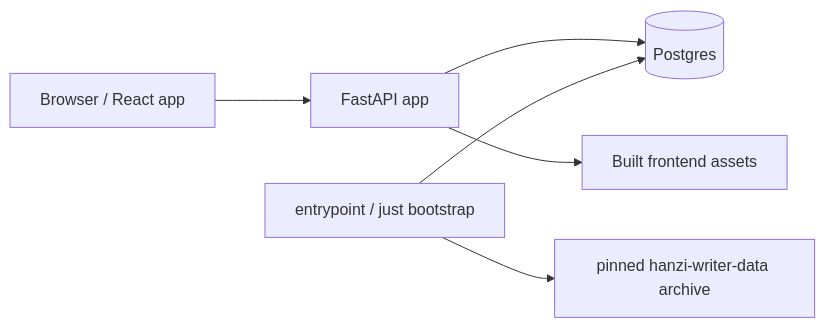
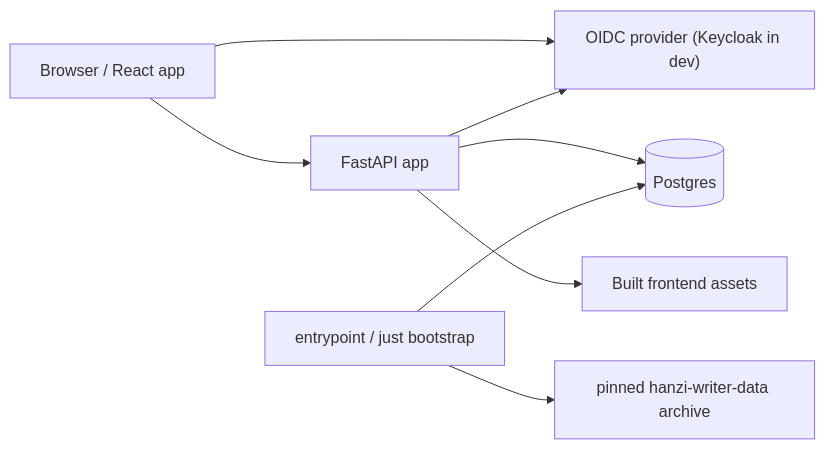
One commit to mattjmcnaughton/habagou changed the diagram in docs/architecture.md. Above: the diagram before and after it, drawn with Mermaid. The commit also changed other lines of this file and 60 other files, not shown here.

First line of the commit message:
feat(auth): add Keycloak OIDC login

````diff
--- a/docs/architecture.md
+++ b/docs/architecture.md
@@ -10,8 +10,10 @@
 ```mermaid
 flowchart LR
   Browser["Browser / React app"] --> API["FastAPI app"]
+  Browser --> IdP["OIDC provider (Keycloak in dev)"]
+  API --> IdP
   API --> DB[("Postgres")]
   API --> Static["Built frontend assets"]
   Bootstrap["entrypoint / just bootstrap"] --> DB
   Bootstrap --> Corpus["pinned hanzi-writer-data archive"]
 ```
````
